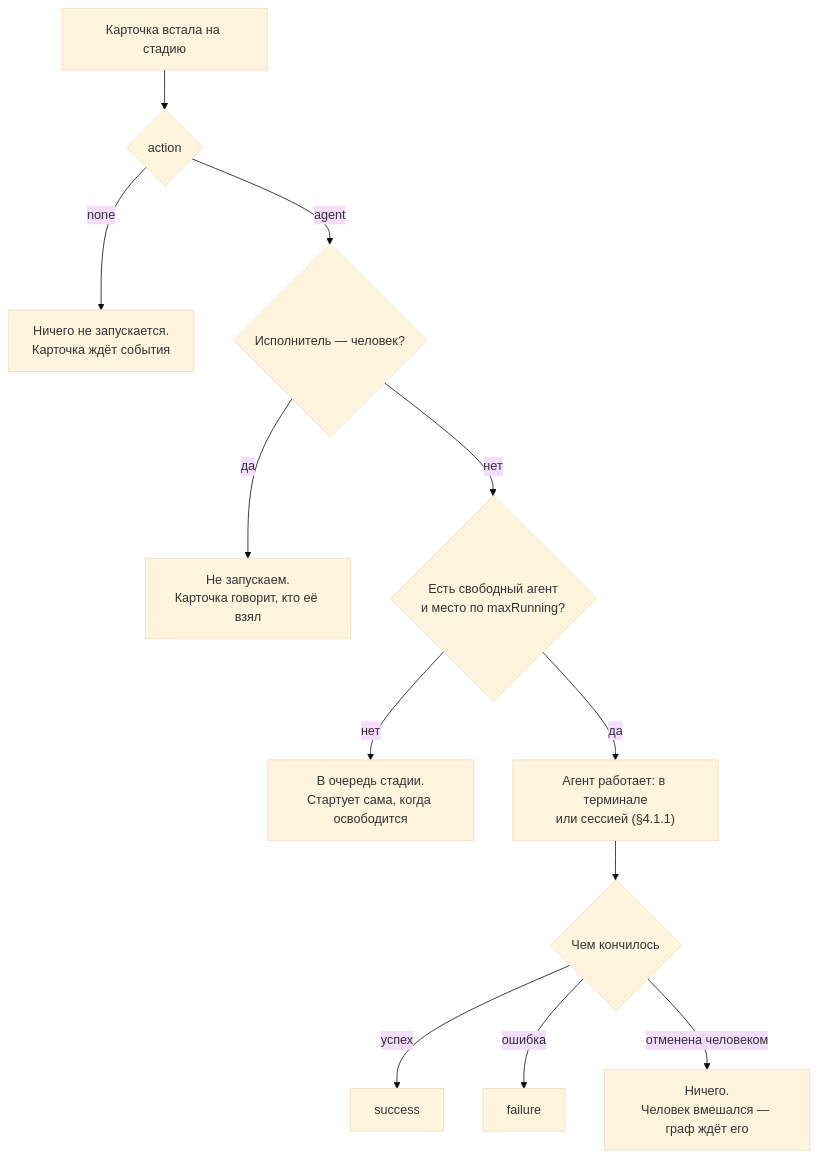
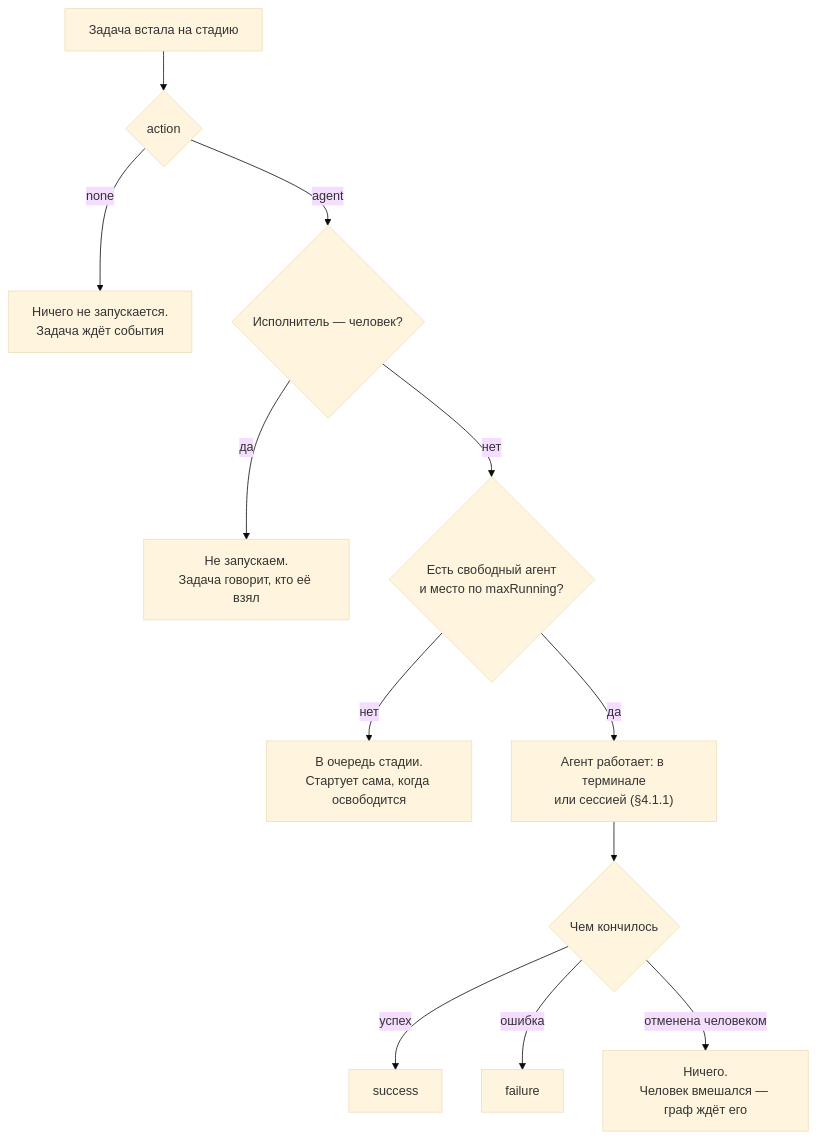
The third of 3 diagrams in docs/system.md (artipop/xxvi), drawn with Mermaid (base theme) before and after one commit. The commit also changed other lines of this file and 40 other files, not shown here.

````diff
--- a/docs/system.md
+++ b/docs/system.md
@@ -497,14 +497,14 @@
 ```mermaid
 flowchart TD
-    A["Карточка встала на стадию"] --> B{"action"}
-    B -- none --> Z["Ничего не запускается.<br/>Карточка ждёт события"]
+    A["Задача встала на стадию"] --> B{"action"}
+    B -- none --> Z["Ничего не запускается.<br/>Задача ждёт события"]
     B -- agent --> C{"Исполнитель — человек?"}
-    C -- да --> Y["Не запускаем.<br/>Карточка говорит, кто её взял"]
+    C -- да --> Y["Не запускаем.<br/>Задача говорит, кто её взял"]
     C -- нет --> D{"Есть свободный агент<br/>и место по maxRunning?"}
     D -- нет --> Q["В очередь стадии.<br/>Стартует сама, когда освободится"]
     D -- да --> E["Агент работает: в терминале<br/>или сессией (§4.1.1)"]
     E --> F{"Чем кончилось"}
     F -- успех --> S["success"]
     F -- ошибка --> FA["failure"]
     F -- отменена человеком --> N["Ничего.<br/>Человек вмешался — граф ждёт его"]
 ```
````
